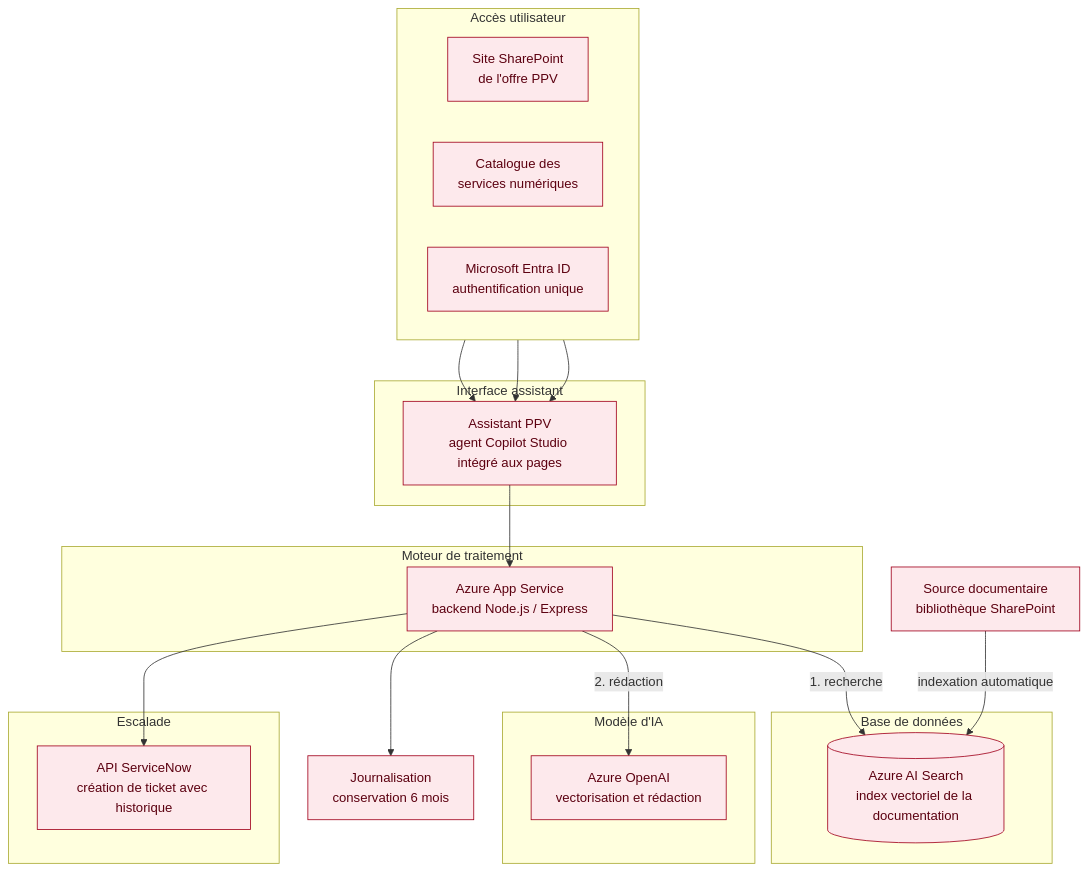
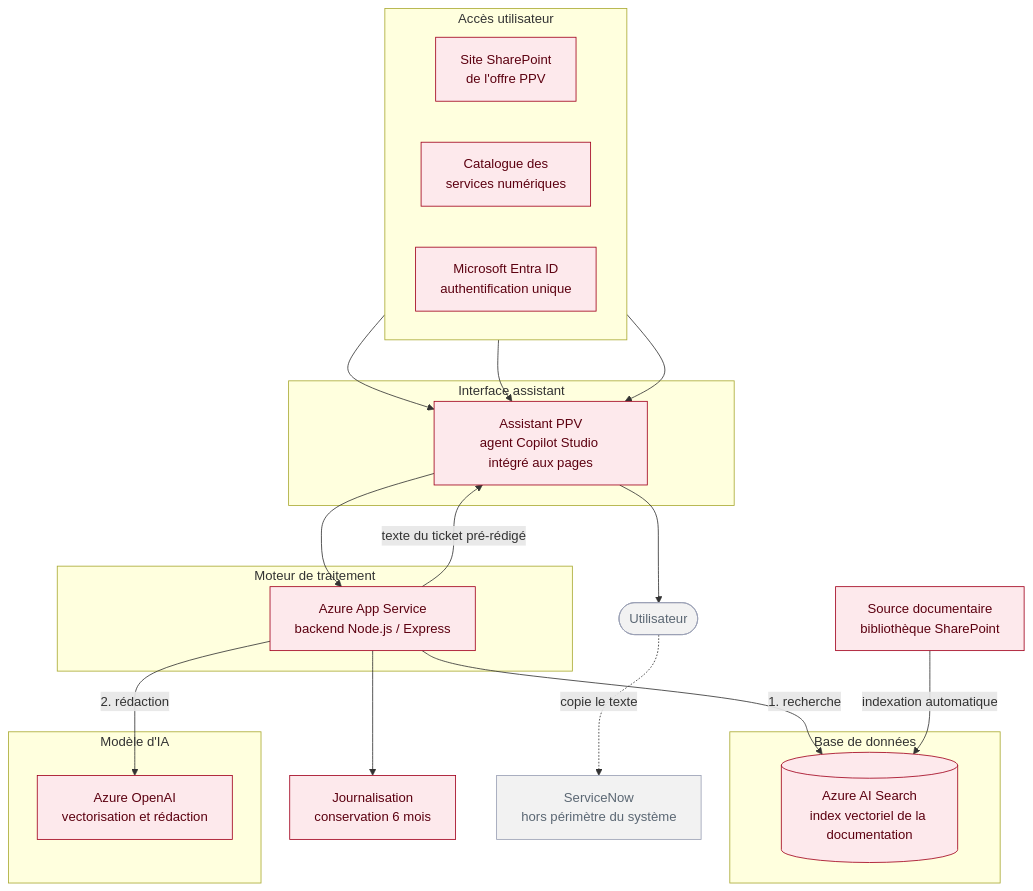
The third of 3 diagrams in 12bis-diagramme-deploiement.md (margotmc-web/Chatbot_PPV_BC07), drawn with Mermaid before and after one commit. The commit also changed other lines of this file, not shown here.

````diff
--- a/12bis-diagramme-deploiement.md
+++ b/12bis-diagramme-deploiement.md
@@ -89,40 +105,43 @@
 ```mermaid
 flowchart TB
     subgraph ACC["Accès utilisateur"]
         direction LR
         A1["Site SharePoint<br/>de l'offre PPV"]
         A2["Catalogue des<br/>services numériques"]
         A3["Microsoft Entra ID<br/>authentification unique"]
     end
     subgraph INT["Interface assistant"]
         B1["Assistant PPV<br/>agent Copilot Studio intégré aux pages"]
     end
     subgraph MOT["Moteur de traitement"]
         C1["Azure App Service<br/>backend Node.js / Express"]
     end
     subgraph BDD["Base de données"]
         D1[("Azure AI Search<br/>index vectoriel de la documentation")]
     end
     subgraph IA["Modèle d'IA"]
         E1["Azure OpenAI<br/>vectorisation et rédaction"]
     end
-    subgraph ESC["Escalade"]
-        F1["API ServiceNow<br/>création de ticket avec historique"]
-    end
 
     SRC["Source documentaire<br/>bibliothèque SharePoint"]
     LOG["Journalisation<br/>conservation 6 mois"]
+    U1(["Utilisateur"])
+    SNOW["ServiceNow<br/>hors périmètre du système"]
 
     A1 --> B1
     A2 --> B1
     A3 --> B1
     B1 --> C1
     C1 -->|1. recherche| D1
     C1 -->|2. rédaction| E1
-    C1 --> F1
+    C1 -->|texte du ticket pré-rédigé| B1
     C1 --> LOG
     SRC -->|indexation automatique| D1
+    B1 --> U1
+    U1 -.->|copie le texte| SNOW
 
     classDef todo fill:#fde9ec,stroke:#a1001c,color:#5c0010;
-    class A1,A2,A3,B1,C1,D1,E1,F1,SRC,LOG todo
+    classDef hors fill:#f2f2f2,stroke:#9aa0b5,color:#5b6773;
+    class A1,A2,A3,B1,C1,D1,E1,SRC,LOG todo
+    class U1,SNOW hors
 ```
````
